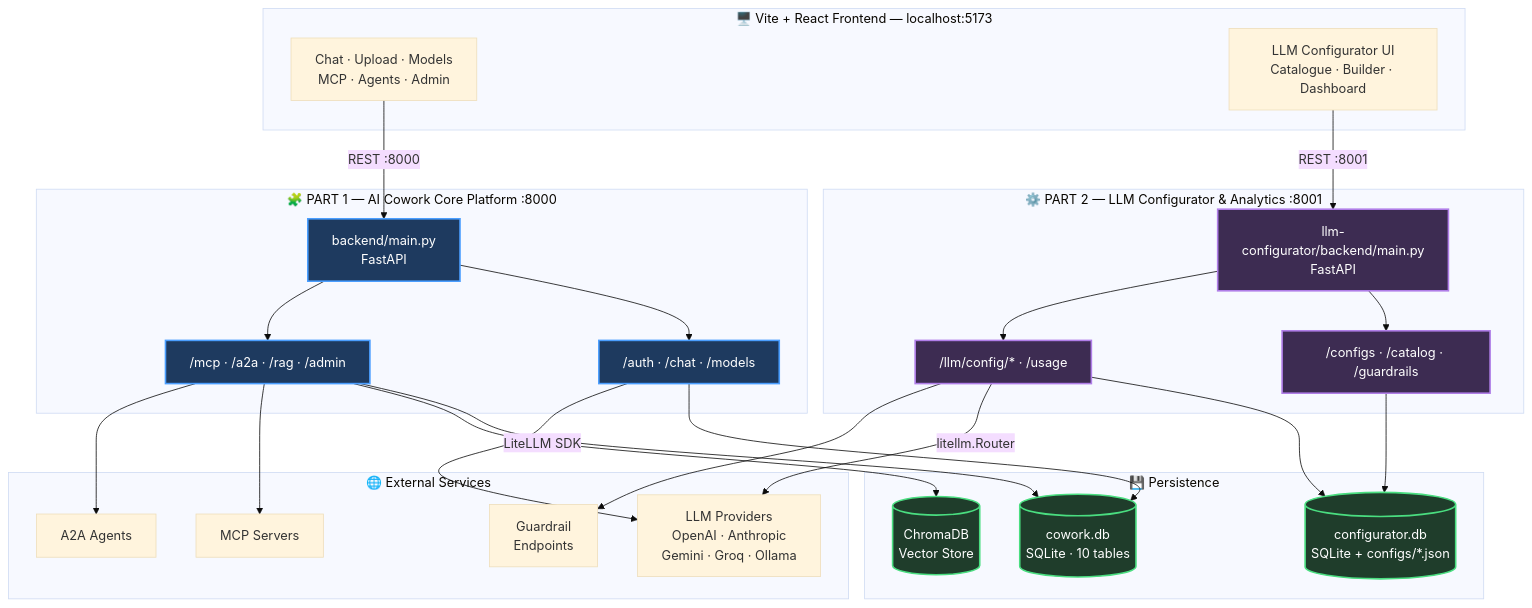
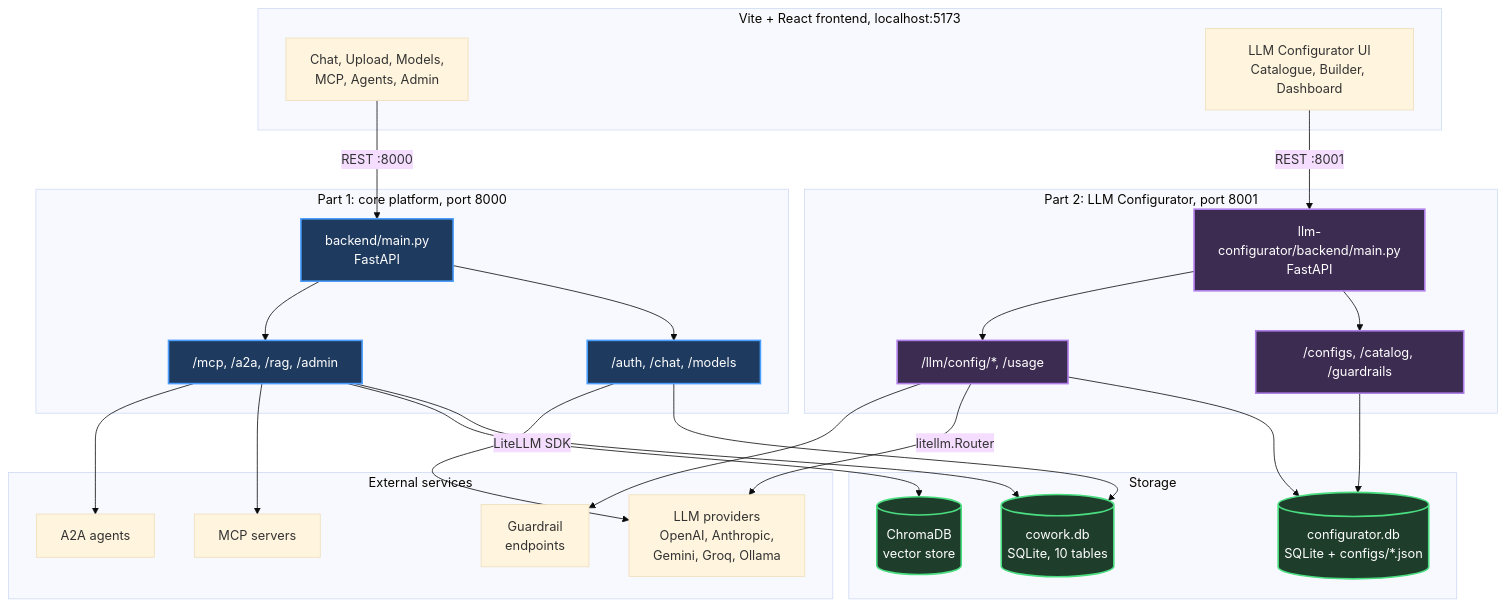
One commit to sushant-mishra-dtu/coworkAI changed the first of 4 diagrams in README.md. Above: the diagram before and after it, drawn with Mermaid (base theme). The commit also changed other lines of this file and 2 other files, not shown here.

````diff
--- a/README.md
+++ b/README.md
@@ -24,59 +26,59 @@
 ```mermaid
 flowchart TD
-    subgraph FE["🖥️ Vite + React Frontend — localhost:5173"]
-        UI["Chat · Upload · Models<br/>MCP · Agents · Admin"]
-        CFG["LLM Configurator UI<br/>Catalogue · Builder · Dashboard"]
+    subgraph FE["Vite + React frontend, localhost:5173"]
+        UI["Chat, Upload, Models,<br/>MCP, Agents, Admin"]
+        CFG["LLM Configurator UI<br/>Catalogue, Builder, Dashboard"]
     end
 
-    subgraph P1["🧩 PART 1 — AI Cowork Core Platform :8000"]
+    subgraph P1["Part 1: core platform, port 8000"]
         CORE["backend/main.py<br/>FastAPI"]
-        R1["/auth · /chat · /models"]
-        R2["/mcp · /a2a · /rag · /admin"]
+        R1["/auth, /chat, /models"]
+        R2["/mcp, /a2a, /rag, /admin"]
     end
 
-    subgraph P2["⚙️ PART 2 — LLM Configurator & Analytics :8001"]
+    subgraph P2["Part 2: LLM Configurator, port 8001"]
         GW["llm-configurator/backend/main.py<br/>FastAPI"]
-        R3["/configs · /catalog · /guardrails"]
-        R4["/llm/config/* · /usage"]
+        R3["/configs, /catalog, /guardrails"]
+        R4["/llm/config/*, /usage"]
     end
 
-    subgraph DATA["💾 Persistence"]
-        DB1[("cowork.db<br/>SQLite · 10 tables")]
-        VEC[("ChromaDB<br/>Vector Store")]
+    subgraph DATA["Storage"]
+        DB1[("cowork.db<br/>SQLite, 10 tables")]
+        VEC[("ChromaDB<br/>vector store")]
         DB2[("configurator.db<br/>SQLite + configs/*.json")]
     end
 
-    subgraph EXT["🌐 External Services"]
-        LLM["LLM Providers<br/>OpenAI · Anthropic<br/>Gemini · Groq · Ollama"]
-        MCP["MCP Servers"]
-        A2A["A2A Agents"]
-        GUARD["Guardrail<br/>Endpoints"]
+    subgraph EXT["External services"]
+        LLM["LLM providers<br/>OpenAI, Anthropic,<br/>Gemini, Groq, Ollama"]
+        MCP["MCP servers"]
+        A2A["A2A agents"]
+        GUARD["Guardrail<br/>endpoints"]
     end
 
     UI -->|"REST :8000"| CORE
     CFG -->|"REST :8001"| GW
 
     CORE --> R1
     CORE --> R2
     GW --> R3
     GW --> R4
 
     R1 --> DB1
     R2 --> DB1
     R2 --> VEC
     R3 --> DB2
     R4 --> DB2
 
     R1 -->|"LiteLLM SDK"| LLM
     R2 --> MCP
     R2 --> A2A
     R4 -->|"litellm.Router"| LLM
     R4 --> GUARD
 
     classDef part1 fill:#1e3a5f,stroke:#4a9eff,stroke-width:2px,color:#fff
     classDef part2 fill:#3d2c52,stroke:#b07ee8,stroke-width:2px,color:#fff
     classDef store fill:#1f3d2b,stroke:#4ade80,stroke-width:2px,color:#fff
     class CORE,R1,R2 part1
     class GW,R3,R4 part2
     class DB1,VEC,DB2 store
 ```
````
